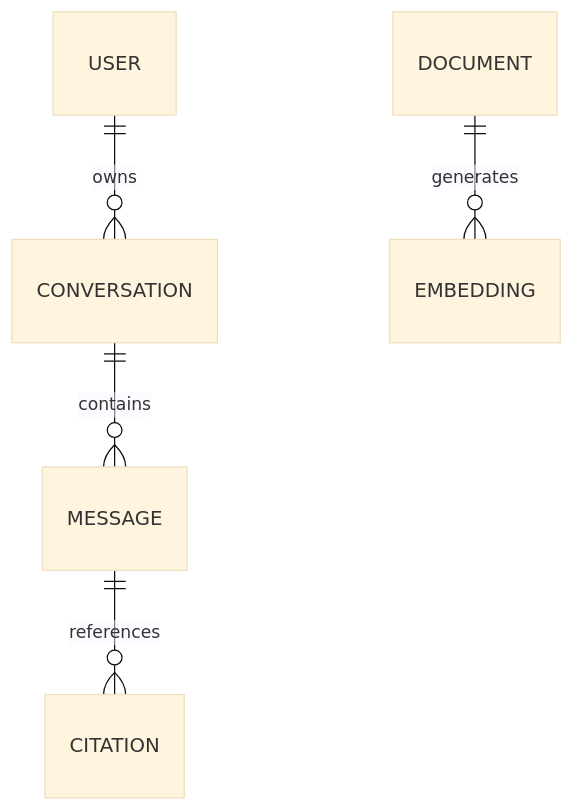
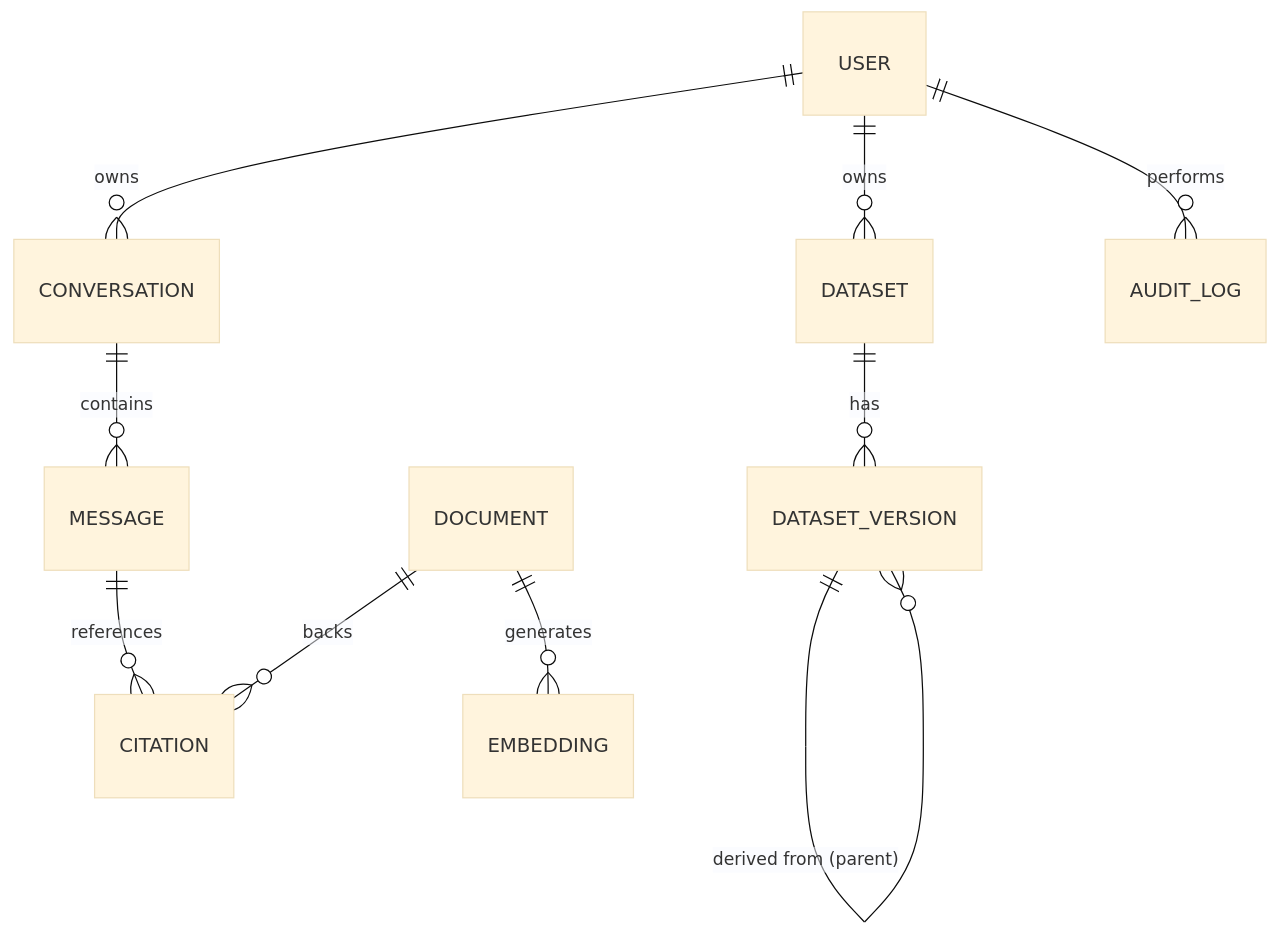
One commit to SubhranshuPan/medintel-ai changed the second of 7 diagrams in docs/05_BACKEND_DESIGN.md. Above: the diagram before and after it, drawn with Mermaid (base theme). The commit also changed other lines of this file and 4 other files, not shown here.

First line of the commit message:
docs(architecture): update TRD, PRD, Scope, App Flow, Backend Design for full platform scope

````diff
--- a/docs/05_BACKEND_DESIGN.md
+++ b/docs/05_BACKEND_DESIGN.md
@@ -67,11 +97,13 @@
 ```mermaid
 erDiagram
 
 USER ||--o{ CONVERSATION : owns
-
 CONVERSATION ||--o{ MESSAGE : contains
-
+MESSAGE ||--o{ CITATION : references
 DOCUMENT ||--o{ EMBEDDING : generates
-
-MESSAGE ||--o{ CITATION : references
+DOCUMENT ||--o{ CITATION : backs
+USER ||--o{ DATASET : owns
+DATASET ||--o{ DATASET_VERSION : has
+DATASET_VERSION ||--o{ DATASET_VERSION : "derived from (parent)"
+USER ||--o{ AUDIT_LOG : performs
 ```
````
